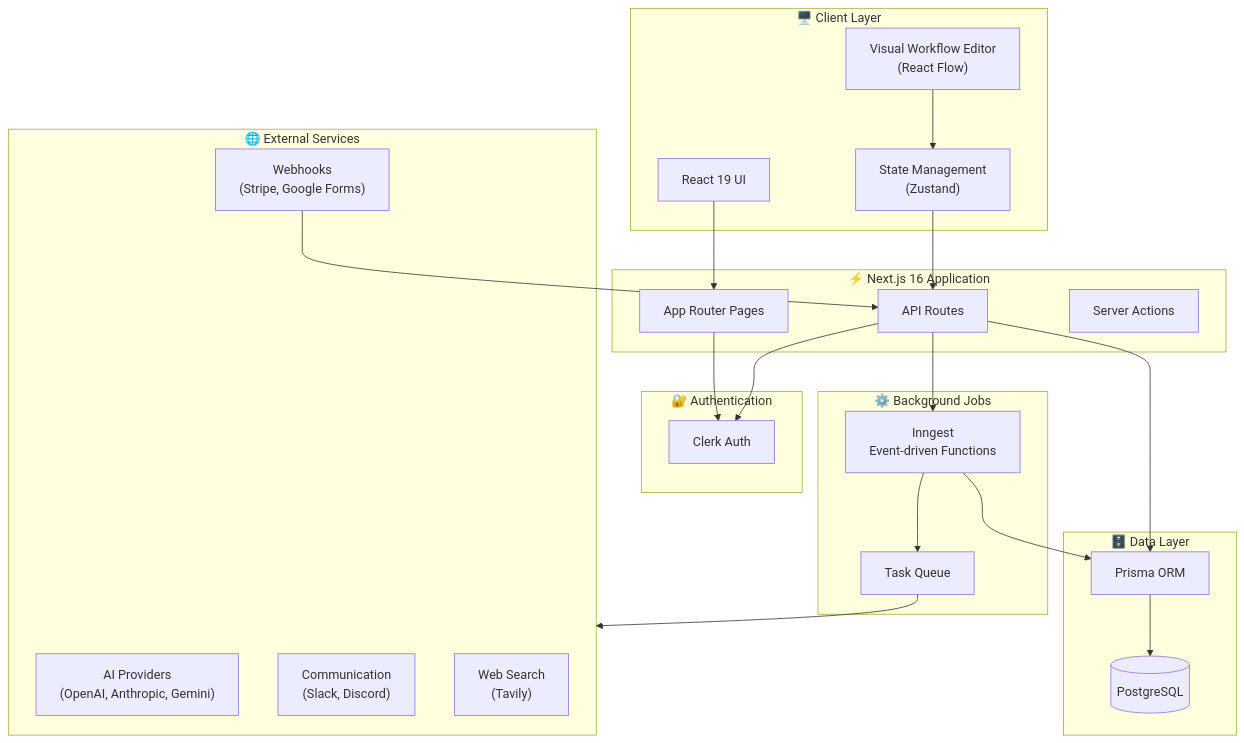
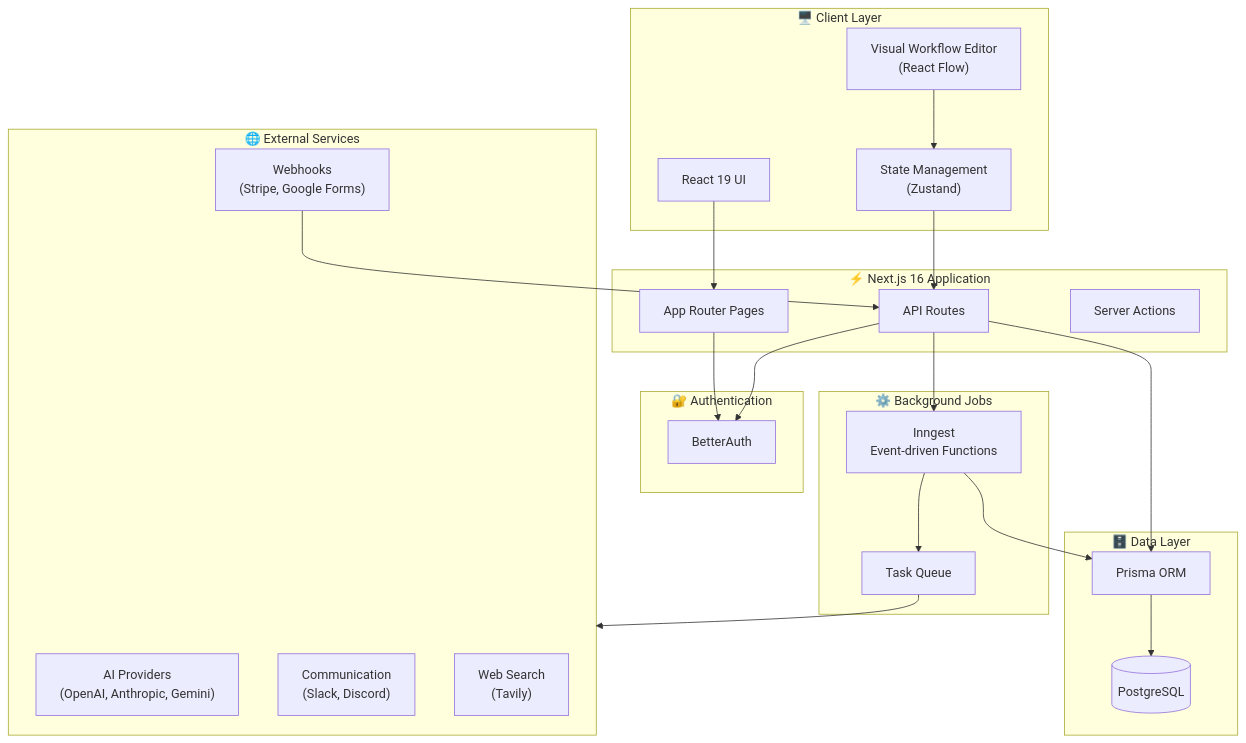
Before and after one commit to lwshakib/a2a-agentic-workflow-automation: the first of 4 diagrams in README.md, drawn with Mermaid. The commit also changed other lines of this file and 34 other files, not shown here.

First line of the commit message:
refactor(auth): replace Clerk with BetterAuth for user authentication

````diff
--- a/README.md
+++ b/README.md
@@ -24,48 +24,48 @@
 ```mermaid
 flowchart TB
     subgraph Client["🖥️ Client Layer"]
         UI["React 19 UI"]
         Editor["Visual Workflow Editor<br/>(React Flow)"]
         State["State Management<br/>(Zustand)"]
     end
 
     subgraph NextJS["⚡ Next.js 16 Application"]
         Pages["App Router Pages"]
         API["API Routes"]
         Actions["Server Actions"]
     end
 
     subgraph Auth["🔐 Authentication"]
-        Clerk["Clerk Auth"]
+        BetterAuth["BetterAuth"]
     end
 
     subgraph Background["⚙️ Background Jobs"]
         Inngest["Inngest<br/>Event-driven Functions"]
         Queue["Task Queue"]
     end
 
     subgraph Database["🗄️ Data Layer"]
         Prisma["Prisma ORM"]
         PG[(PostgreSQL)]
     end
 
     subgraph External["🌐 External Services"]
         AI["AI Providers<br/>(OpenAI, Anthropic, Gemini)"]
         Comms["Communication<br/>(Slack, Discord)"]
         Webhooks["Webhooks<br/>(Stripe, Google Forms)"]
         Search["Web Search<br/>(Tavily)"]
     end
 
     UI --> Pages
     Editor --> State
     State --> API
-    Pages --> Clerk
-    API --> Clerk
+    Pages --> BetterAuth
+    API --> BetterAuth
     API --> Inngest
     Inngest --> Queue
     Queue --> External
     API --> Prisma
     Inngest --> Prisma
     Prisma --> PG
     Webhooks --> API
 ```
````
